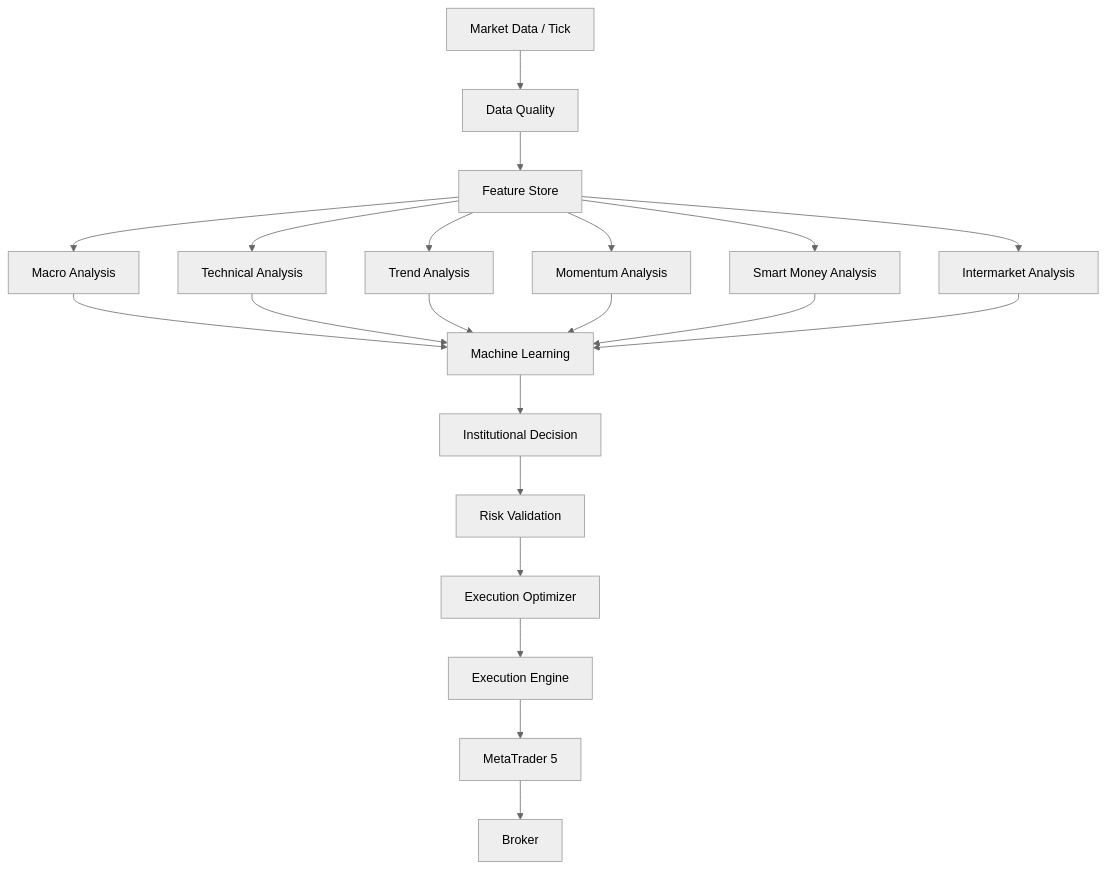
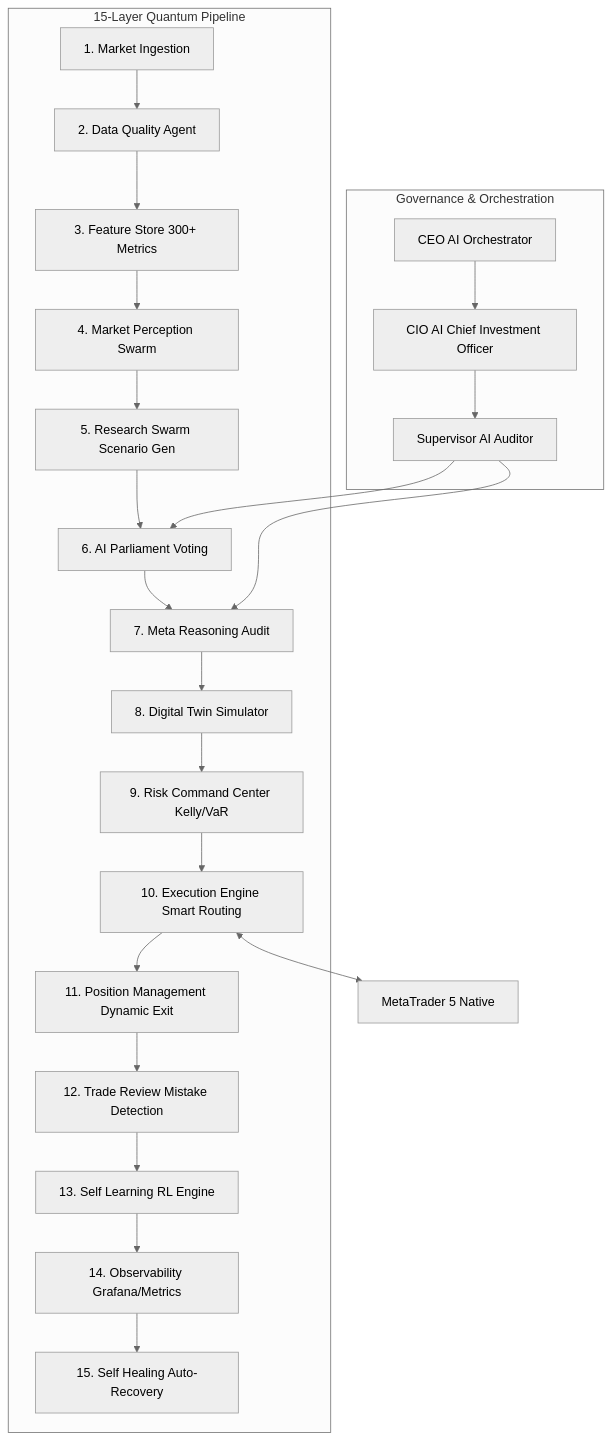
The diagram in docs/architecture_specification.md (edysa2000-a11y/XEDY-V42), drawn with Mermaid (neutral theme) before and after one commit. The commit also changed other lines of this file, not shown here.

Commit message:
Update docs/architecture_specification.md with XEDY V42 Quantum 15-Layer Multi-Agent Orchestrator Architecture Specification

````diff
--- a/docs/architecture_specification.md
+++ b/docs/architecture_specification.md
@@ -134,19 +18,31 @@
 ```mermaid
 flowchart TD
-    Tick[Market Data / Tick] --> DQ[Data Quality]
-    DQ --> FS[Feature Store]
-    FS --> Macro[Macro Analysis]
-    FS --> Tech[Technical Analysis]
-    FS --> Trend[Trend Analysis]
-    FS --> Mom[Momentum Analysis]
-    FS --> SM[Smart Money Analysis]
-    FS --> IM[Intermarket Analysis]
-    
-    Macro & Tech & Trend & Mom & SM & IM --> ML[Machine Learning]
-    ML --> Decision[Institutional Decision]
-    Decision --> Risk[Risk Validation]
-    Risk --> EO[Execution Optimizer]
-    EO --> Exec[Execution Engine]
-    Exec --> MT5[MetaTrader 5]
-    MT5 --> Broker[Broker]
+    subgraph Governance & Orchestration
+        CEO[CEO AI Orchestrator]
+        CIO[CIO AI Chief Investment Officer]
+        SUP[Supervisor AI Auditor]
+        CEO --> CIO
+        CIO --> SUP
+    end
+
+    subgraph 15-Layer Quantum Pipeline
+        L1[1. Market Ingestion] --> L2[2. Data Quality Agent]
+        L2 --> L3[3. Feature Store 300+ Metrics]
+        L3 --> L4[4. Market Perception Swarm]
+        L4 --> L5[5. Research Swarm Scenario Gen]
+        L5 --> L6[6. AI Parliament Voting]
+        L6 --> L7[7. Meta Reasoning Audit]
+        L7 --> L8[8. Digital Twin Simulator]
+        L8 --> L9[9. Risk Command Center Kelly/VaR]
+        L9 --> L10[10. Execution Engine Smart Routing]
+        L10 --> L11[11. Position Management Dynamic Exit]
+        L11 --> L12[12. Trade Review Mistake Detection]
+        L12 --> L13[13. Self Learning RL Engine]
+        L13 --> L14[14. Observability Grafana/Metrics]
+        L14 --> L15[15. Self Healing Auto-Recovery]
+    end
+
+    SUP --> L6
+    SUP --> L7
+    L10 <--> MT5[MetaTrader 5 Native]
 ```
````
